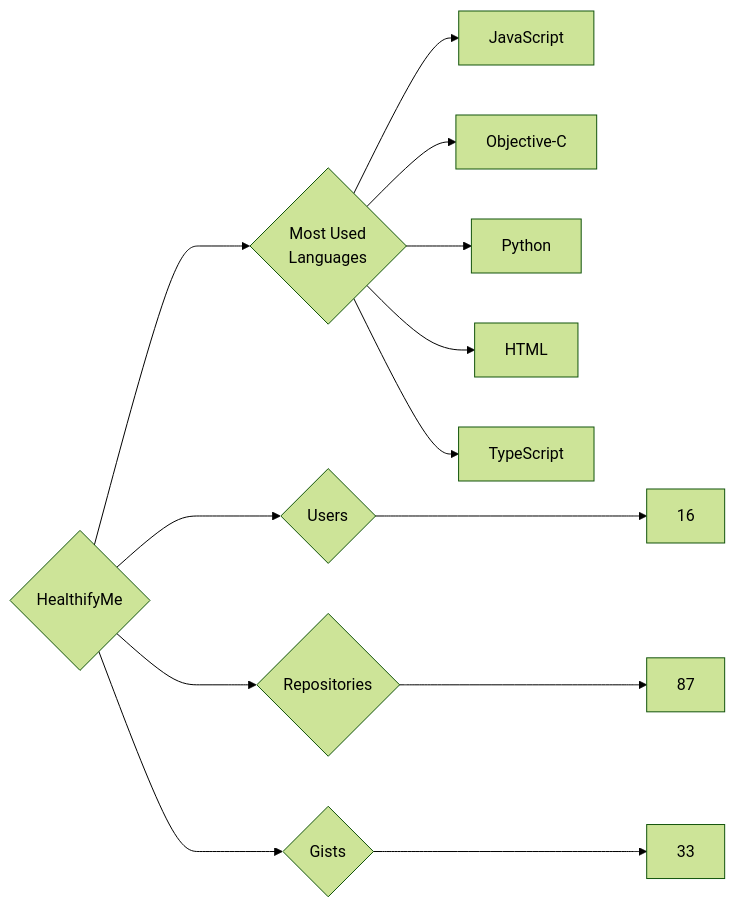
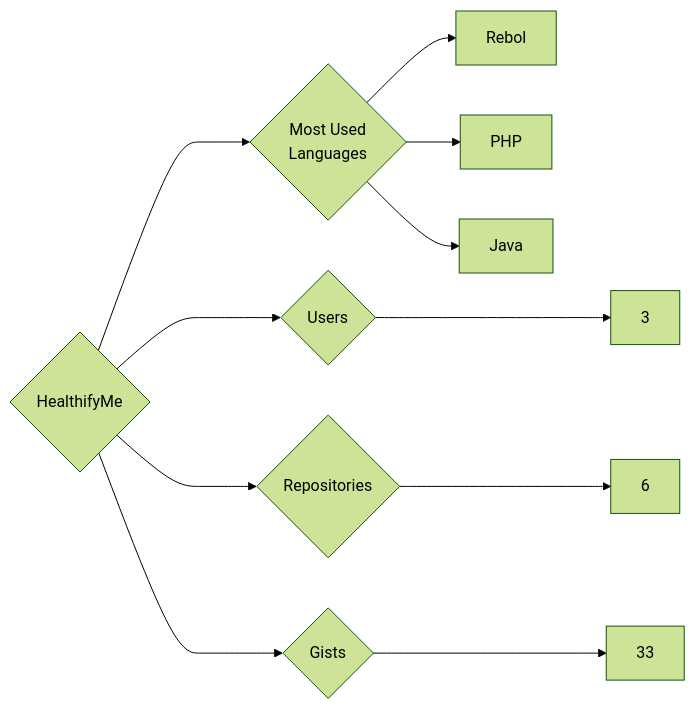
One commit to trickest/insiders changed the diagram in targets/HealthifyMe/README.md. Above: the diagram before and after it, drawn with Mermaid (forest theme). The commit also changed 916 other files, not shown here.

````diff
--- a/targets/HealthifyMe/README.md
+++ b/targets/HealthifyMe/README.md
@@ -3,13 +3,11 @@
 ```mermaid
 graph LR
 COMPANY_NAME{HealthifyMe}
-COMPANY_NAME ---> U{Users} ---> UN[16]
-COMPANY_NAME ---> R{Repositories} ---> RN[87]
+COMPANY_NAME ---> U{Users} ---> UN[3]
+COMPANY_NAME ---> R{Repositories} ---> RN[6]
 COMPANY_NAME ---> G{Gists} ---> GN[33]
 COMPANY_NAME ---> ML{Most Used<br>Languages}
-ML --> JavaScript[JavaScript]
-ML --> Objective-C[Objective-C]
-ML --> Python[Python]
-ML --> HTML[HTML]
-ML --> TypeScript[TypeScript]
+ML --> Rebol[Rebol]
+ML --> PHP[PHP]
+ML --> Java[Java]
 ```
````
